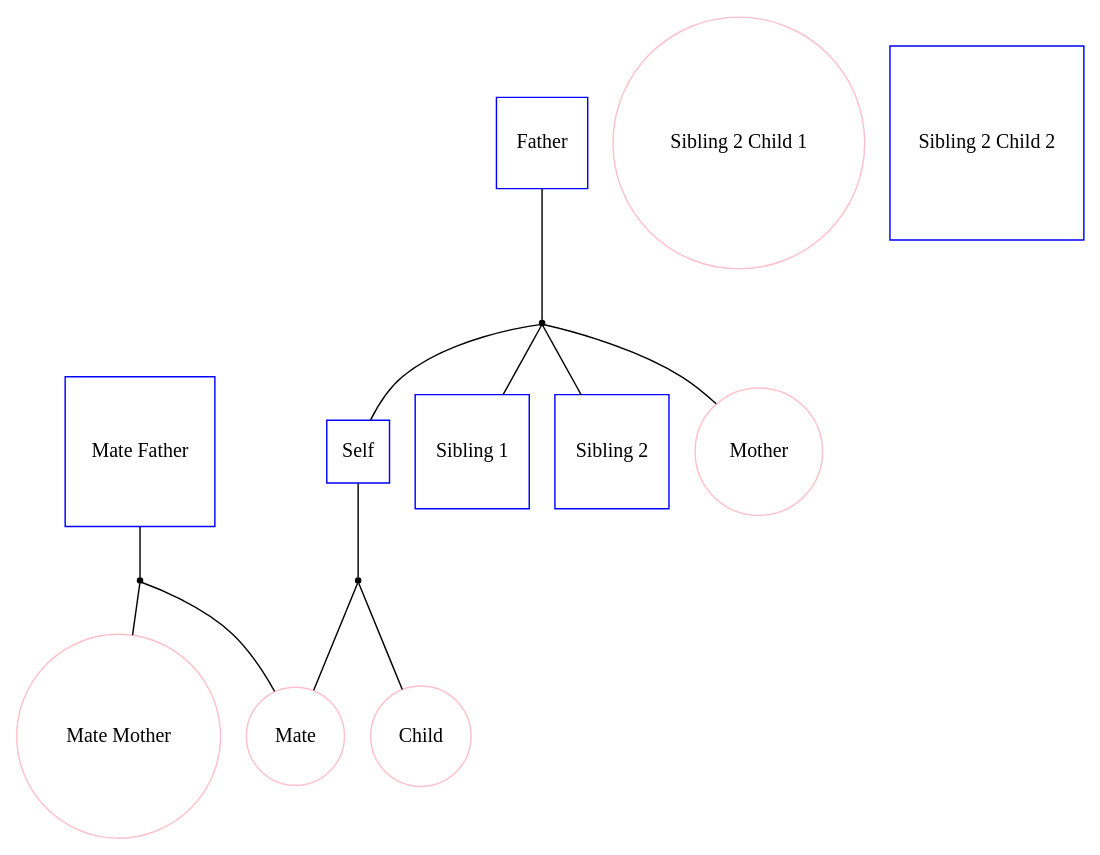
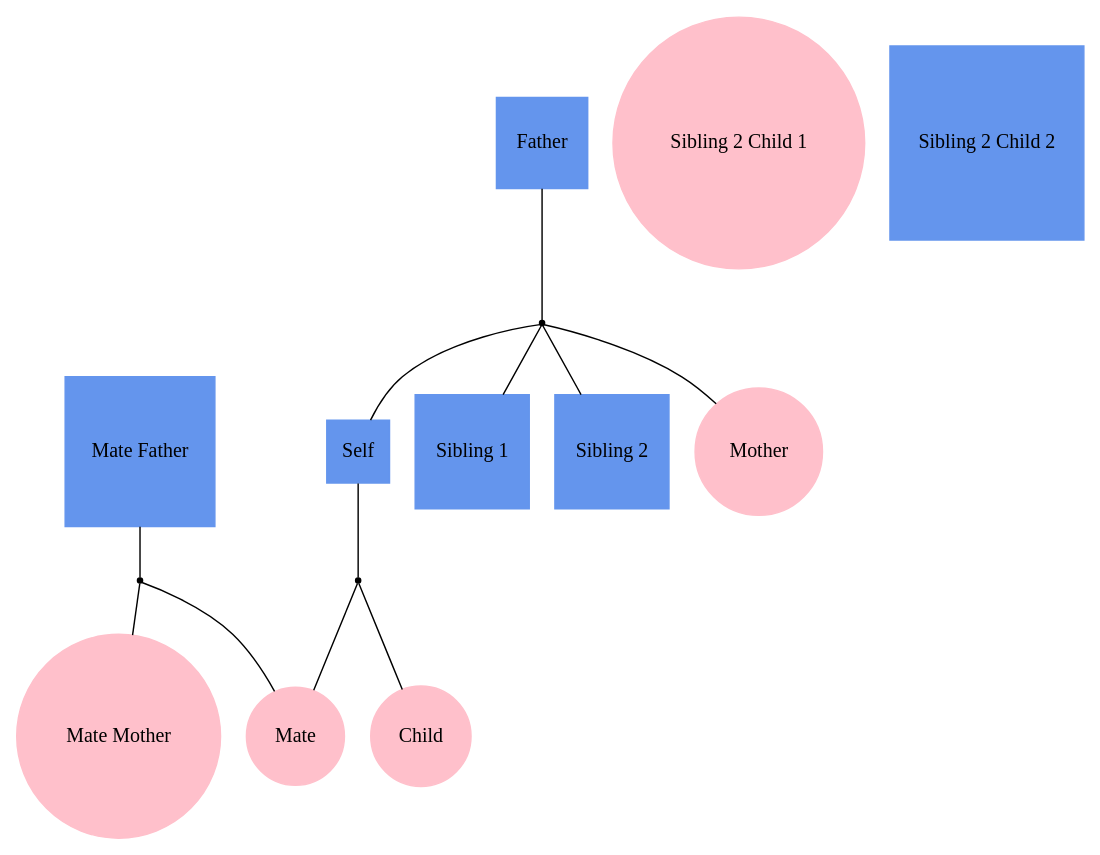
The diagram in encoder/out12.gv (phewing/teamM_L), drawn with Graphviz before and after one commit. The commit also changed 21 other files, not shown here.

```diff
--- a/encoder/out12.gv
+++ b/encoder/out12.gv
@@ -1,28 +1,28 @@
 
 graph f12 {
-"Self" [shape=box, regular=1, color="blue"];
-"Mate" [shape=oval, regular=1, color="pink"];
-"Child" [shape=oval, regular=1, color="pink"];
-"Mate Mother" [shape=oval, regular=1, color="pink"];
-"Mate Father" [shape=box, regular=1, color="blue"];
-"Sibling 1" [shape=box, regular=1, color="blue"];
-"Sibling 2" [shape=box, regular=1, color="blue"];
-"Sibling 2 Child 1" [shape=oval, regular=1, color="pink"];
-"Sibling 2 Child 2" [shape=box, regular=1, color="blue"];
-"Father" [shape=box, regular=1, color="blue"];
-"Mother" [shape=oval, regular=1, color="pink"];
+"Self" [shape=box, style=filled, regular=1, color="cornflowerblue"];
+"Mate" [shape=oval, style=filled, regular=1, color="pink"];
+"Child" [shape=oval, style=filled, regular=1, color="pink"];
+"Mate Mother" [shape=oval, style=filled, regular=1, color="pink"];
+"Mate Father" [shape=box, style=filled, regular=1, color="cornflowerblue"];
+"Sibling 1" [shape=box, style=filled, regular=1, color="cornflowerblue"];
+"Sibling 2" [shape=box, style=filled, regular=1, color="cornflowerblue"];
+"Sibling 2 Child 1" [shape=oval, style=filled, regular=1, color="pink"];
+"Sibling 2 Child 2" [shape=box, style=filled, regular=1, color="cornflowerblue"];
+"Father" [shape=box, style=filled, regular=1, color="cornflowerblue"];
+"Mother" [shape=oval, style=filled, regular=1, color="pink"];
 
 "self+mate" [shape=point];
 "matefather+matemother" [shape=point];
 "father+mother" [shape=point];
 
 "Self" -- "self+mate" -- "Mate";
 "Mate Father" -- "matefather+matemother" -- "Mate Mother";
 "Father" -- "father+mother" -- "Mother";
 
 "father+mother" -- "Self";
 "matefather+matemother" -- "Mate";
 "self+mate" -- "Child";
 "father+mother" -- "Sibling 1";
 "father+mother" -- "Sibling 2";
 }
```
